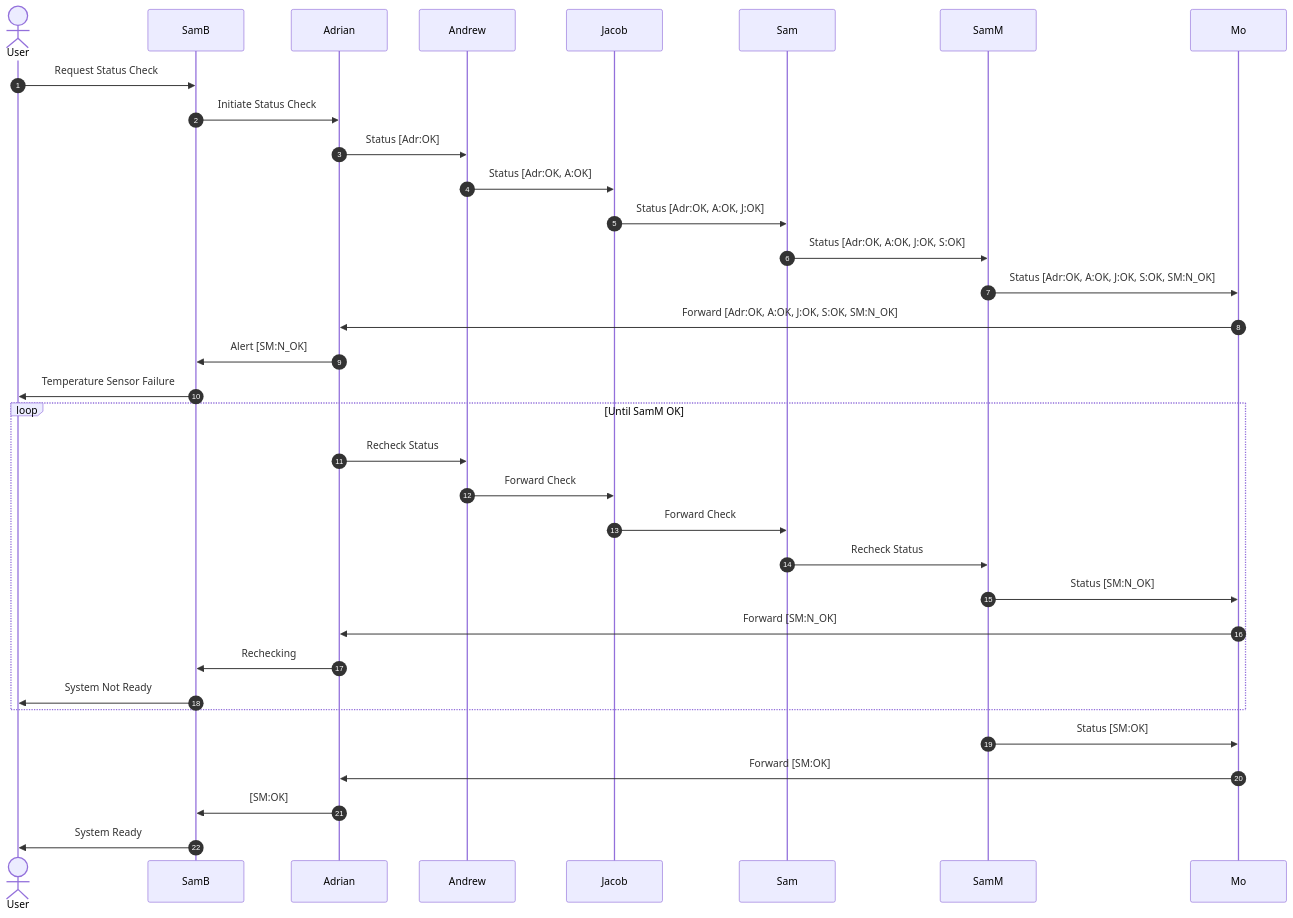
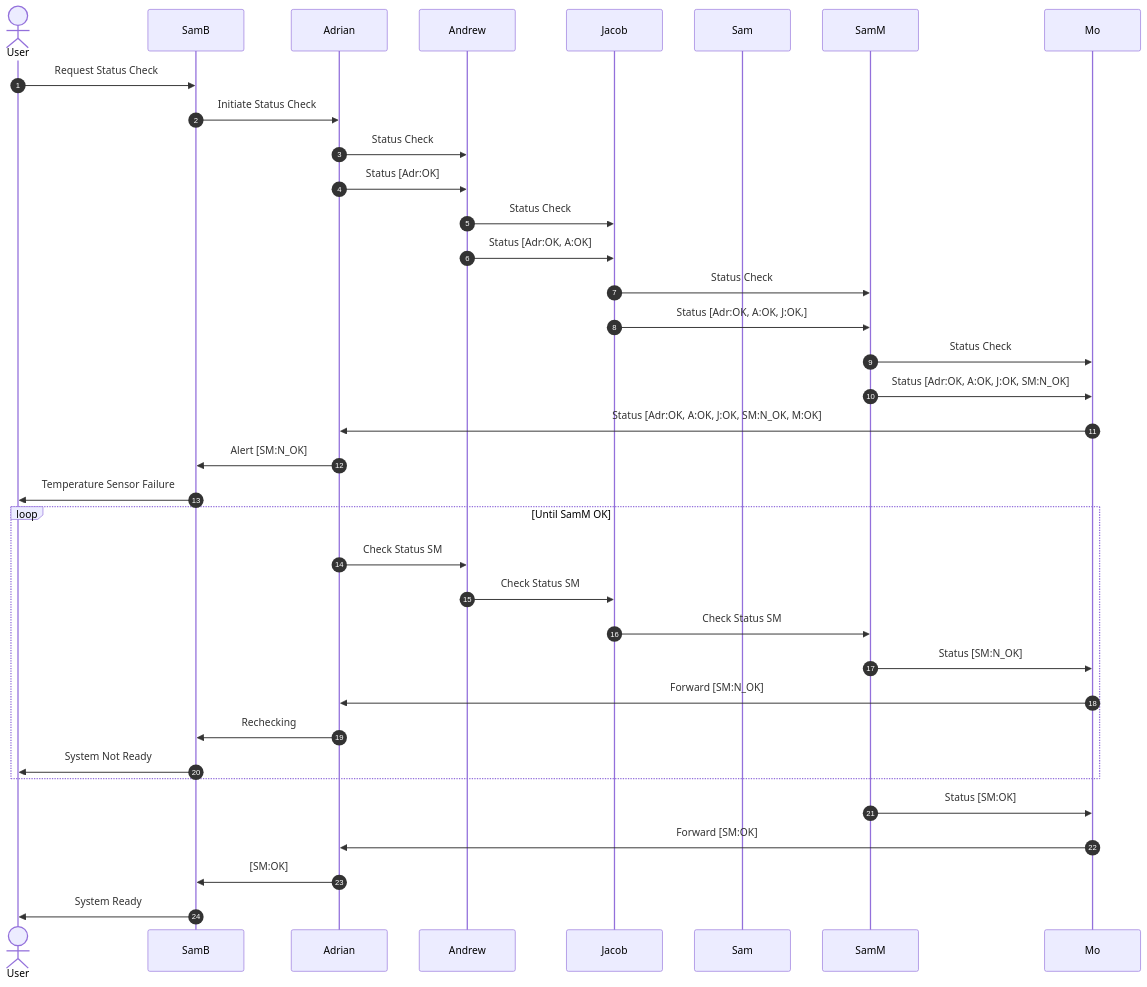
Before and after one commit to EGR314-S-2026-308/EGR314-S-2026-308.github.io: the third of 5 diagrams in docs/04-Team-Block-Diagram/Team-Diagram.md, drawn with Mermaid.

Commit message:
modified:   docs/04-Team-Block-Diagram/Team-Diagram.md

````diff
--- a/docs/04-Team-Block-Diagram/Team-Diagram.md
+++ b/docs/04-Team-Block-Diagram/Team-Diagram.md
@@ -62,42 +62,44 @@
 ``` mermaid
 sequenceDiagram
     autonumber
     actor User
     participant SamB
     participant Adrian
     participant Andrew
     participant Jacob
     participant Sam
     participant SamM
     participant Mo
 
     User->>SamB: Request Status Check
     SamB->>Adrian: Initiate Status Check
 
+    Adrian->>Andrew: Status Check
     Adrian->>Andrew: Status [Adr:OK]
+    Andrew->>Jacob: Status Check
     Andrew->>Jacob: Status [Adr:OK, A:OK]
-    Jacob->>Sam: Status [Adr:OK, A:OK, J:OK]
-    Sam->>SamM: Status [Adr:OK, A:OK, J:OK, S:OK]
-
-    SamM->>Mo: Status [Adr:OK, A:OK, J:OK, S:OK, SM:N_OK]
-    Mo->>Adrian: Forward [Adr:OK, A:OK, J:OK, S:OK, SM:N_OK]
+    Jacob->>SamM: Status Check
+    Jacob->>SamM: Status [Adr:OK, A:OK, J:OK,]
+    SamM->>Mo: Status Check
+    SamM->>Mo: Status [Adr:OK, A:OK, J:OK, SM:N_OK]
+    Mo->>Adrian: Status [Adr:OK, A:OK, J:OK, SM:N_OK, M:OK]
 
     Adrian->>SamB: Alert [SM:N_OK]
     SamB->>User: Temperature Sensor Failure
 
     loop Until SamM OK
-        Adrian->>Andrew: Recheck Status
-        Andrew->>Jacob: Forward Check
-        Jacob->>Sam: Forward Check
-        Sam->>SamM: Recheck Status
+        Adrian->>Andrew: Check Status SM
+        Andrew->>Jacob: Check Status SM
+        Jacob->>SamM: Check Status SM
         SamM->>Mo: Status [SM:N_OK]
         Mo->>Adrian: Forward [SM:N_OK]
         Adrian->>SamB: Rechecking
         SamB->>User: System Not Ready
     end
 
     SamM->>Mo: Status [SM:OK]
     Mo->>Adrian: Forward [SM:OK]
     Adrian->>SamB: [SM:OK]
     SamB->>User: System Ready
+
 ```
````
